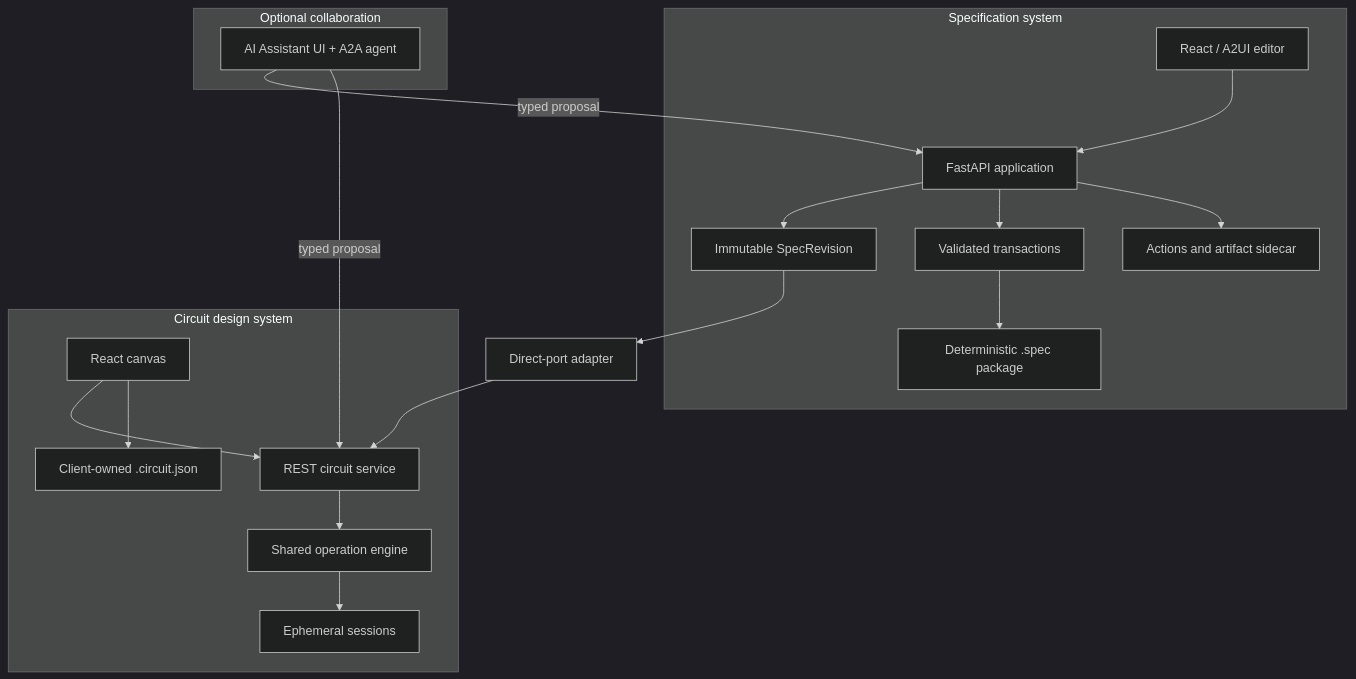
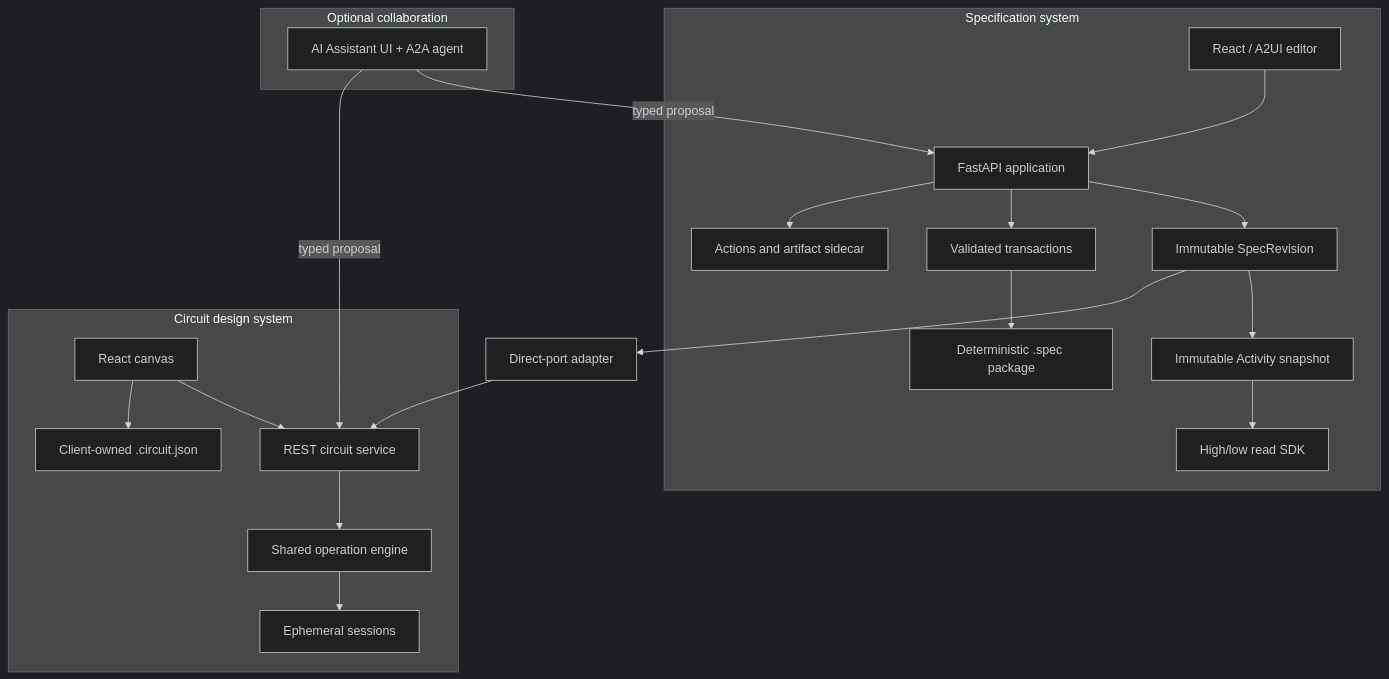
One commit to ankdesh/spec2gds changed the first of 3 diagrams in docs/architecture.md. Above: the diagram before and after it, drawn with Mermaid (dark theme). The commit also changed other lines of this file and 17 other files, not shown here.

Commit message:
Reframe activity architecture

````diff
--- a/docs/architecture.md
+++ b/docs/architecture.md
@@ -8,25 +8,27 @@
 ```mermaid
 flowchart TB
     subgraph Spec["Specification system"]
         SE["React / A2UI editor"] --> SA["FastAPI application"]
         SA --> IR["Immutable SpecRevision"]
         SA --> TX["Validated transactions"]
         TX --> SP["Deterministic .spec package"]
         SA --> AS["Actions and artifact sidecar"]
+        IR --> SNAP["Immutable Activity snapshot"]
+        SNAP --> SDK["High/low read SDK"]
     end
 
     subgraph Circuit["Circuit design system"]
         CE["React canvas"] --> CS["REST circuit service"]
         CS --> ENG["Shared operation engine"]
         ENG --> MEM["Ephemeral sessions"]
         CE --> FILE["Client-owned .circuit.json"]
     end
 
     subgraph Optional["Optional collaboration"]
         AU["AI Assistant UI + A2A agent"]
     end
 
     IR --> ADAPTER["Direct-port adapter"] --> CS
     AU -->|"typed proposal"| SA
     AU -->|"typed proposal"| CS
 ```
````
